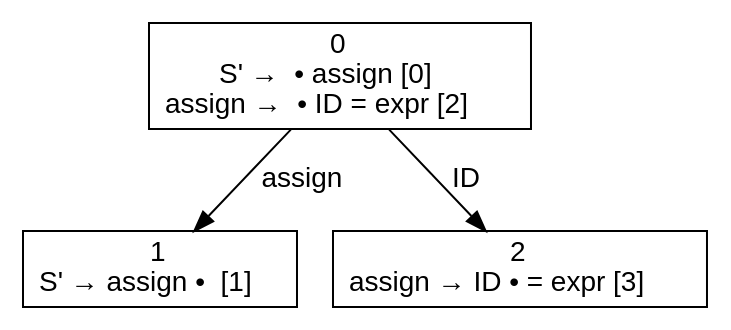
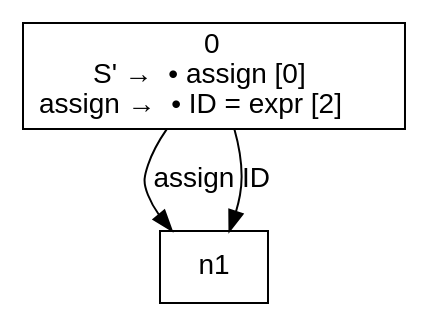
One commit to dragonsarebest/Compiler changed the diagram in PleaseWork/PleaseWork/g8.txt.dfa.dot. Above: the diagram before and after it, drawn with Graphviz. The commit also changed 35 other files, not shown here.

```diff
--- a/PleaseWork/PleaseWork/g8.txt.dfa.dot
+++ b/PleaseWork/PleaseWork/g8.txt.dfa.dot
@@ -1,9 +1,7 @@
 digraph d{
 node [fontname=Helvetica,shape=box];
 edge [fontname=Helvetica];
 n0 [label=<0<br />S' →  • assign [0]<br />assign →  • ID = expr [2]>];
-n1 [label=<1<br />S' → assign •  [1]>];
-n2 [label=<2<br />assign → ID • = expr [3]>];
 n0 -> n1 [label="assign"];
-n0 -> n2 [label="ID"];
+n0 -> n1 [label="ID"];
 }
```
